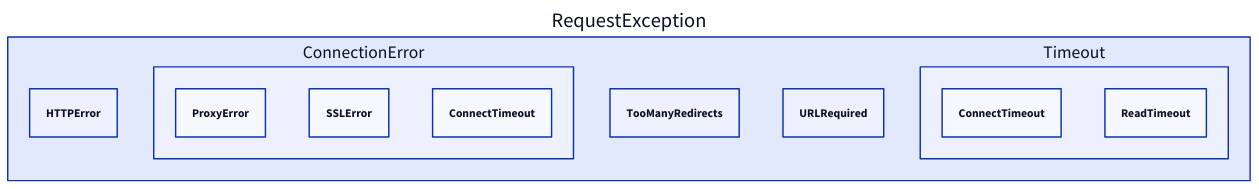
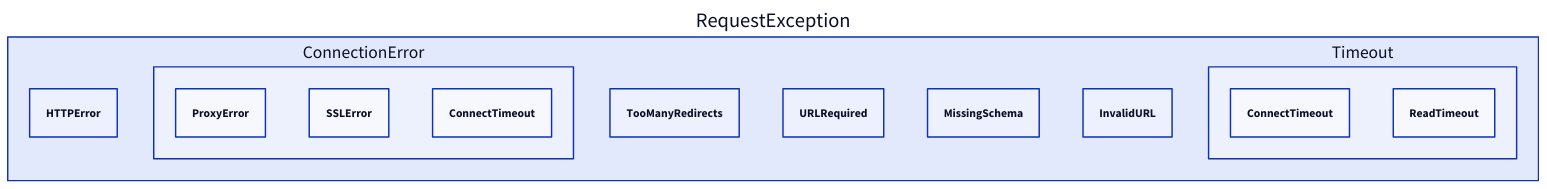
Before and after one commit to lban2049/requests: the diagram in .aigne/doc-smith/docs/api-reference.md, drawn with D2. The commit also changed other lines of this file and 31 other files, not shown here.

````diff
--- a/.aigne/doc-smith/docs/api-reference.md
+++ b/.aigne/doc-smith/docs/api-reference.md
@@ -134,18 +136,20 @@
 ```d2
 direction: down
 
-"RequestException": {
-  "HTTPError"
-  "ConnectionError": {
-    "ProxyError"
-    "SSLError"
-    "ConnectTimeout"
+RequestException: {
+  HTTPError
+  ConnectionError: {
+    ProxyError
+    SSLError
+    ConnectTimeout
   }
-  "Timeout": {
-    "ConnectTimeout"
-    "ReadTimeout"
+  Timeout: {
+    ConnectTimeout
+    ReadTimeout
   }
-  "TooManyRedirects"
-  "URLRequired"
+  TooManyRedirects
+  URLRequired
+  MissingSchema
+  InvalidURL
 }
 ```
````
